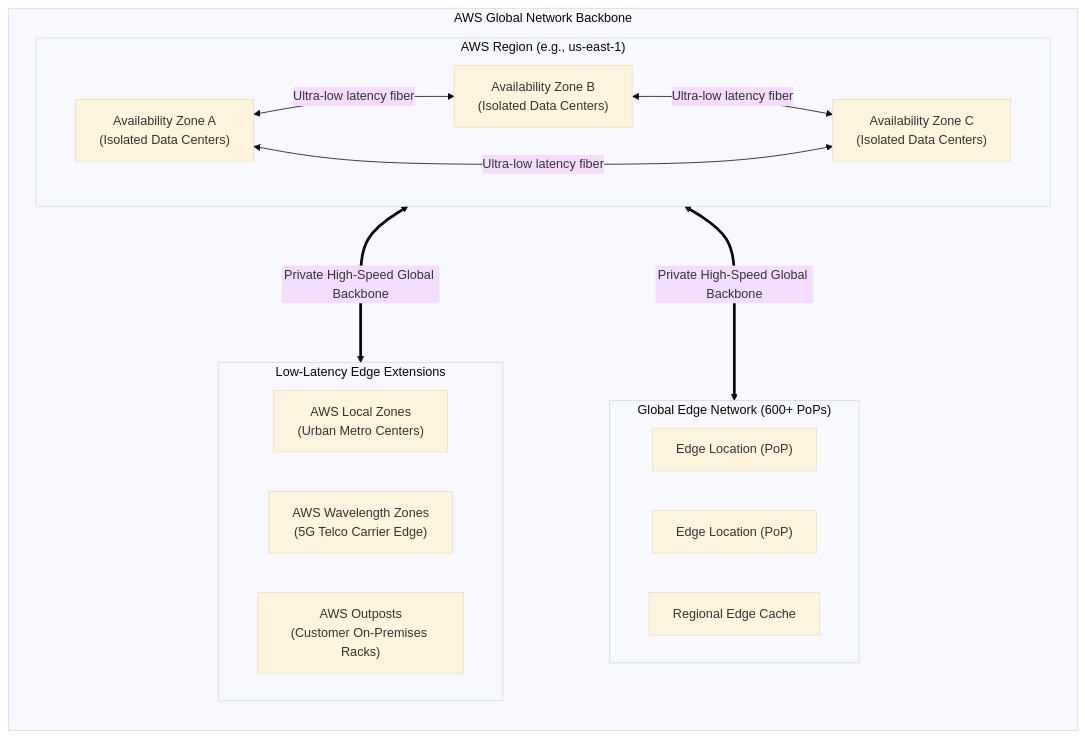
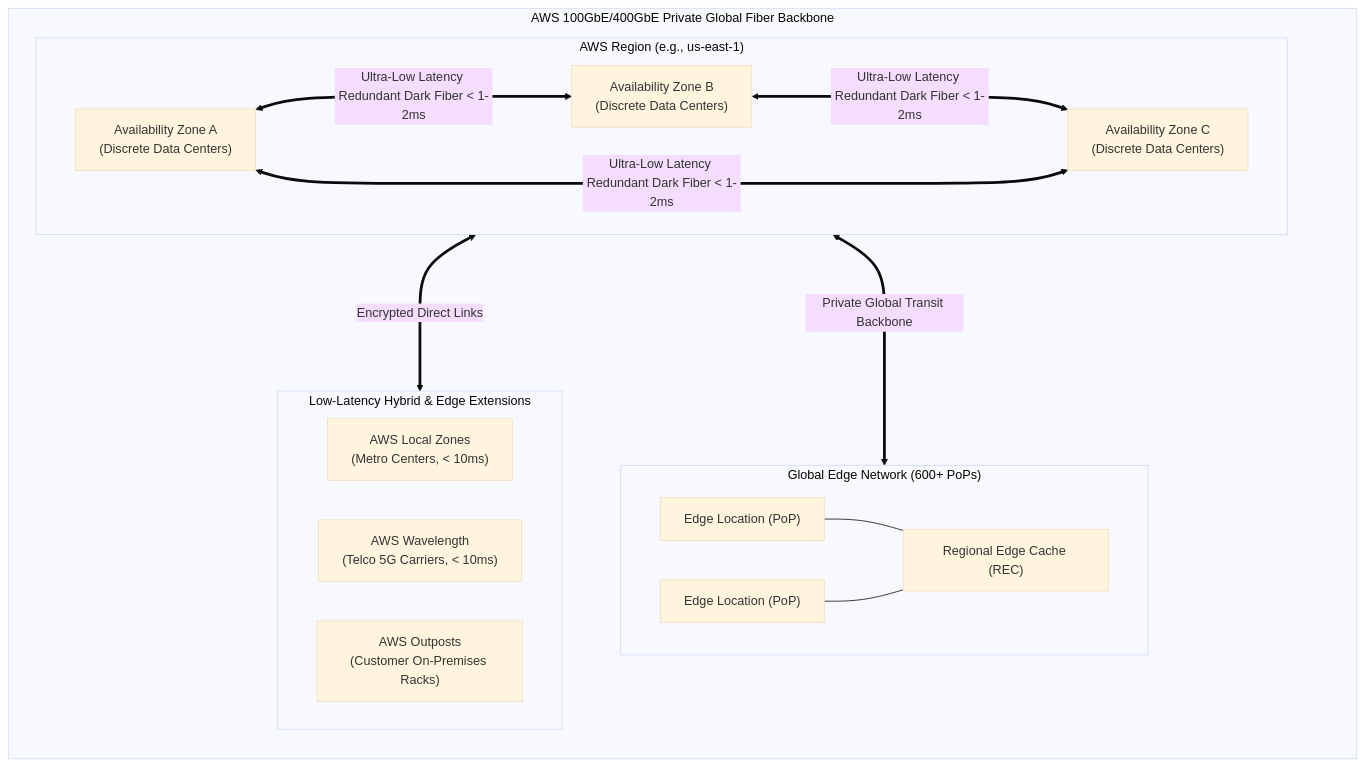
The first of 3 diagrams in Cloud/Practitioner/CLF-C02/06_Explanations/01_Cloud_Concepts/Global_Infrastructure.md (fakhruldeen/AWS), drawn with Mermaid (base theme) before and after one commit. The commit also changed other lines of this file and 18 other files, not shown here.

````diff
--- a/Cloud/Practitioner/CLF-C02/06_Explanations/01_Cloud_Concepts/Global_Infrastructure.md
+++ b/Cloud/Practitioner/CLF-C02/06_Explanations/01_Cloud_Concepts/Global_Infrastructure.md
@@ -22,30 +24,32 @@
 ```mermaid
 graph TD
-    subgraph GlobalFootprint ["AWS Global Network Backbone"]
+    subgraph GlobalBackbone ["AWS 100GbE/400GbE Private Global Fiber Backbone"]
         direction TB
         
         subgraph RegionA ["AWS Region (e.g., us-east-1)"]
-            AZ1["Availability Zone A\n(Isolated Data Centers)"]
-            AZ2["Availability Zone B\n(Isolated Data Centers)"]
-            AZ3["Availability Zone C\n(Isolated Data Centers)"]
-            AZ1 <-->|Ultra-low latency fiber| AZ2
-            AZ2 <-->|Ultra-low latency fiber| AZ3
-            AZ1 <-->|Ultra-low latency fiber| AZ3
+            AZ1["Availability Zone A<br/>(Discrete Data Centers)"]
+            AZ2["Availability Zone B<br/>(Discrete Data Centers)"]
+            AZ3["Availability Zone C<br/>(Discrete Data Centers)"]
+            AZ1 <===>|Ultra-Low Latency Redundant Dark Fiber < 1-2ms| AZ2
+            AZ2 <===>|Ultra-Low Latency Redundant Dark Fiber < 1-2ms| AZ3
+            AZ1 <===>|Ultra-Low Latency Redundant Dark Fiber < 1-2ms| AZ3
         end
         
         subgraph EdgeLayer ["Global Edge Network (600+ PoPs)"]
             EL1["Edge Location (PoP)"]
             EL2["Edge Location (PoP)"]
-            REC["Regional Edge Cache"]
+            REC["Regional Edge Cache (REC)"]
+            EL1 --- REC
+            EL2 --- REC
         end
         
-        subgraph LowLatencyExtensions ["Low-Latency Edge Extensions"]
-            LZ["AWS Local Zones\n(Urban Metro Centers)"]
-            WZ["AWS Wavelength Zones\n(5G Telco Carrier Edge)"]
-            OP["AWS Outposts\n(Customer On-Premises Racks)"]
+        subgraph LowLatencyExtensions ["Low-Latency Hybrid & Edge Extensions"]
+            LZ["AWS Local Zones<br/>(Metro Centers, < 10ms)"]
+            WZ["AWS Wavelength<br/>(Telco 5G Carriers, < 10ms)"]
+            OP["AWS Outposts<br/>(Customer On-Premises Racks)"]
         end
         
-        RegionA <===>|"Private High-Speed Global Backbone"| EdgeLayer
-        RegionA <===>|"Private High-Speed Global Backbone"| LowLatencyExtensions
+        RegionA <===>|"Private Global Transit Backbone"| EdgeLayer
+        RegionA <===>|"Encrypted Direct Links"| LowLatencyExtensions
     end
 ```
````
